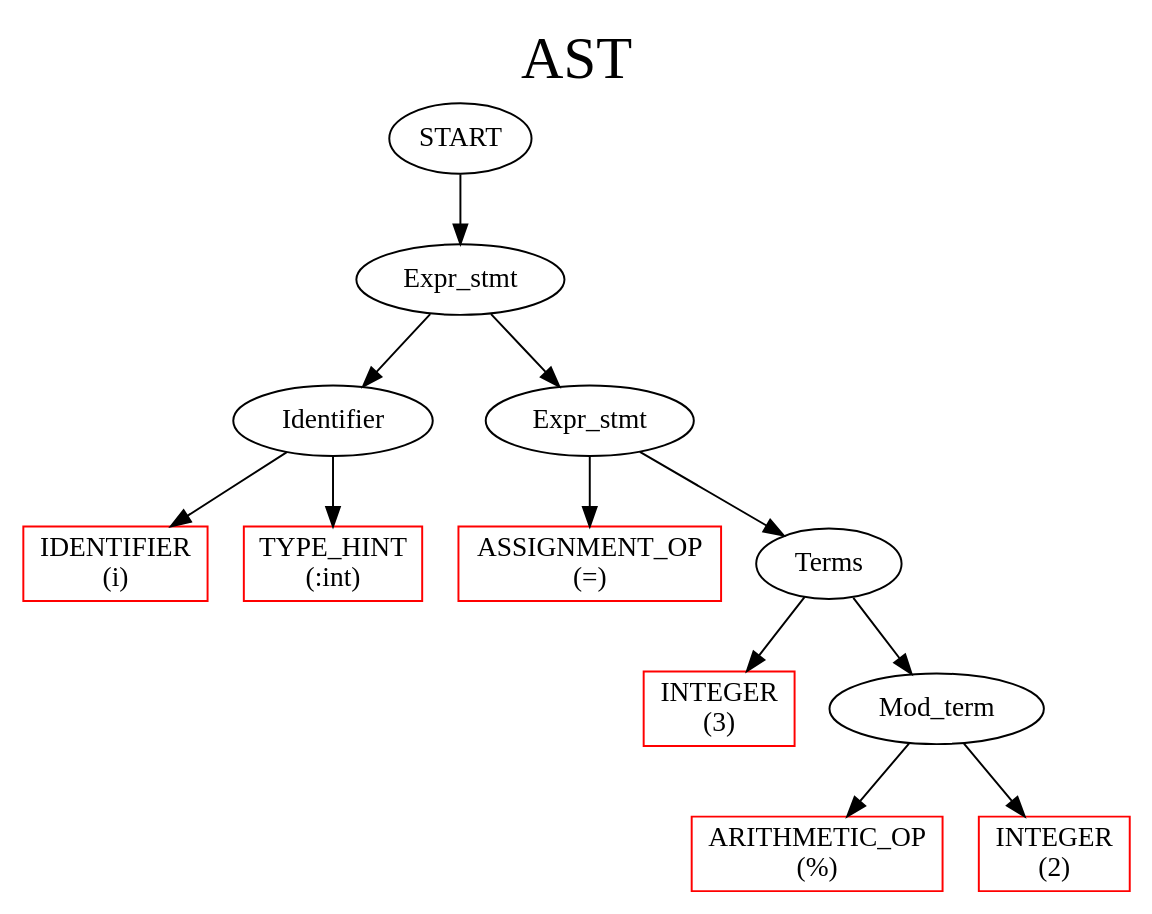
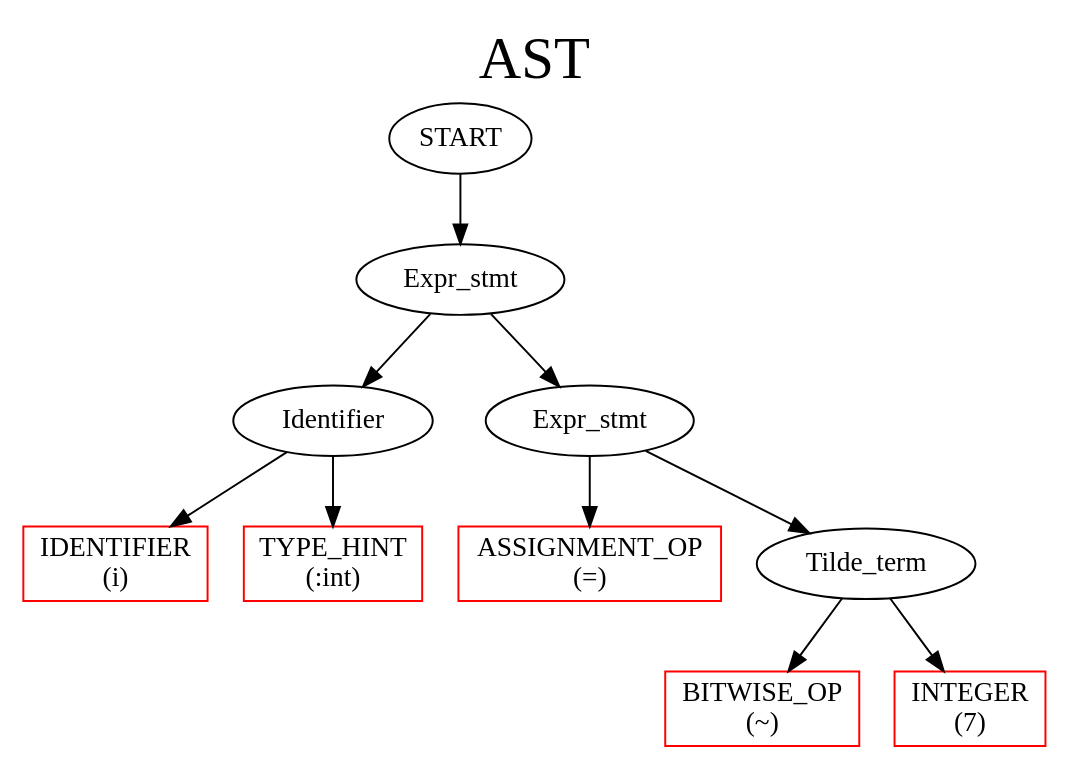
The diagram in output.dot (depanshu357/CS335-Compiler), drawn with Graphviz before and after one commit. The commit also changed 6 other files, not shown here.

```diff
--- a/output.dot
+++ b/output.dot
@@ -1,38 +1,33 @@
 digraph G{
 
 label     = "AST"
 fontname  = "Cascadia code"
 fontsize  = 30
 labelloc  = t
 
 node   [ fontname="Cascadia code" ]
-	34		[ style = solid label = "START"  ];
-	34 -> 31
-	31		[ style = solid label = "Expr_stmt"  ];
-	31 -> 2
+	31		[ style = solid label = "START"  ];
+	31 -> 28
+	28		[ style = solid label = "Expr_stmt"  ];
+	28 -> 2
 	2		[ style = solid label = "Identifier"  ];
 	2 -> 0
 	0		[ style = solid label = "IDENTIFIER 
 (i)" color = red shape = rectangle ];
 	2 -> 1
 	1		[ style = solid label = "TYPE_HINT 
 (:int)" color = red shape = rectangle ];
-	31 -> 30
-	30		[ style = solid label = "Expr_stmt"  ];
-	30 -> 3
+	28 -> 27
+	27		[ style = solid label = "Expr_stmt"  ];
+	27 -> 3
 	3		[ style = solid label = "ASSIGNMENT_OP 
 (=)" color = red shape = rectangle ];
-	30 -> 21
-	21		[ style = solid label = "Terms"  ];
-	21 -> 14
-	14		[ style = solid label = "INTEGER 
-(3)" color = red shape = rectangle ];
-	21 -> 19
-	19		[ style = solid label = "Mod_term"  ];
-	19 -> 15
-	15		[ style = solid label = "ARITHMETIC_OP 
-(%)" color = red shape = rectangle ];
-	19 -> 17
-	17		[ style = solid label = "INTEGER 
-(2)" color = red shape = rectangle ];
+	27 -> 17
+	17		[ style = solid label = "Tilde_term"  ];
+	17 -> 14
+	14		[ style = solid label = "BITWISE_OP 
+(~)" color = red shape = rectangle ];
+	17 -> 15
+	15		[ style = solid label = "INTEGER 
+(7)" color = red shape = rectangle ];
 }
```
